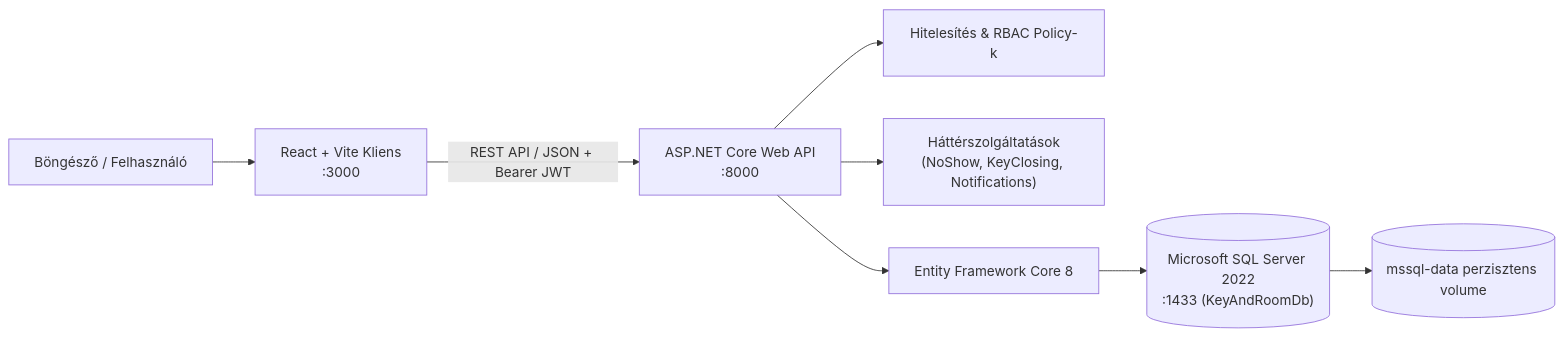
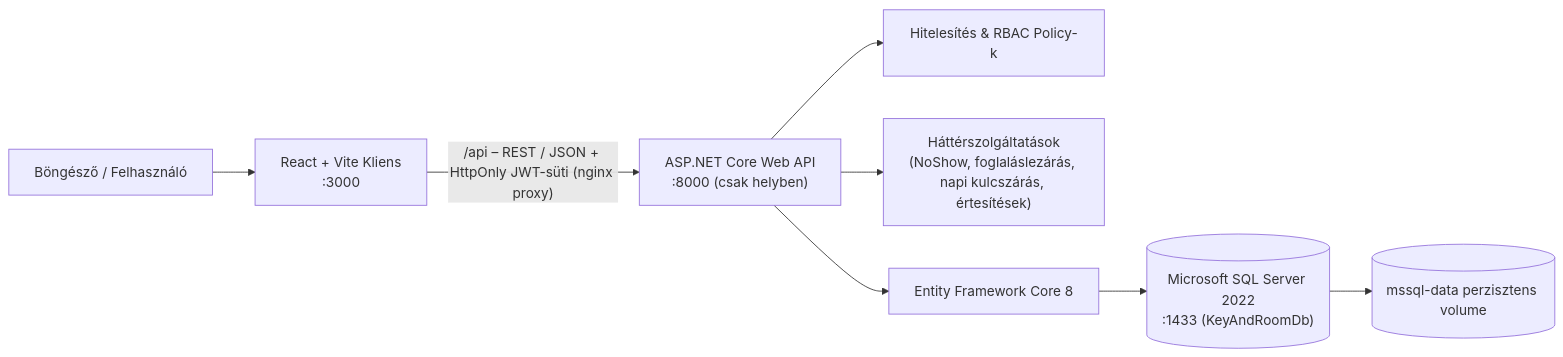
One commit to CsKitti24/ProjektLabor changed the first of 2 diagrams in README.md. Above: the diagram before and after it, drawn with Mermaid. The commit also changed other lines of this file and 3 other files, not shown here.

````diff
--- a/README.md
+++ b/README.md
@@ -36,10 +36,10 @@
 ```mermaid
 flowchart LR
     Browser["Böngésző / Felhasználó"] --> Frontend["React + Vite Kliens<br/>:3000"]
-    Frontend -->|REST API / JSON + Bearer JWT| API["ASP.NET Core Web API<br/>:8000"]
+    Frontend -->|"/api – REST / JSON + HttpOnly JWT-süti (nginx proxy)"| API["ASP.NET Core Web API<br/>:8000 (csak helyben)"]
     API --> Auth["Hitelesítés & RBAC Policy-k"]
-    API --> Services["Háttérszolgáltatások<br/>(NoShow, KeyClosing, Notifications)"]
+    API --> Services["Háttérszolgáltatások<br/>(NoShow, foglaláslezárás, napi kulcszárás, értesítések)"]
     API --> EF["Entity Framework Core 8"]
     EF --> DB[("Microsoft SQL Server 2022<br/>:1433 (KeyAndRoomDb)")]
     DB --> Volume[("mssql-data perzisztens volume")]
 ```
````
